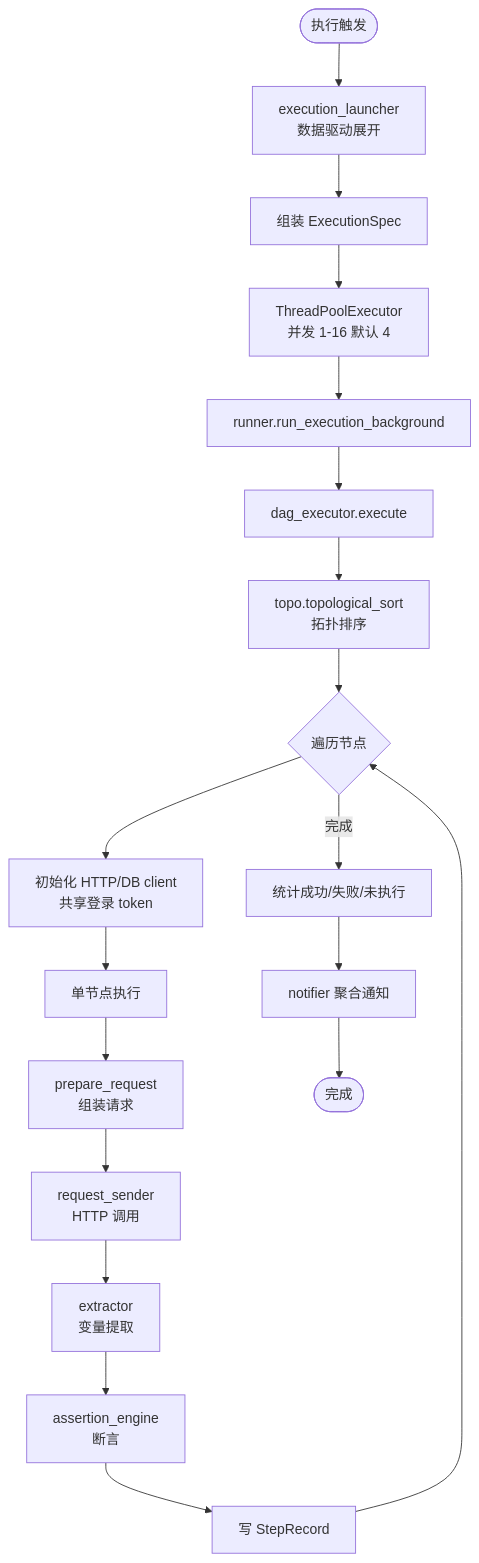
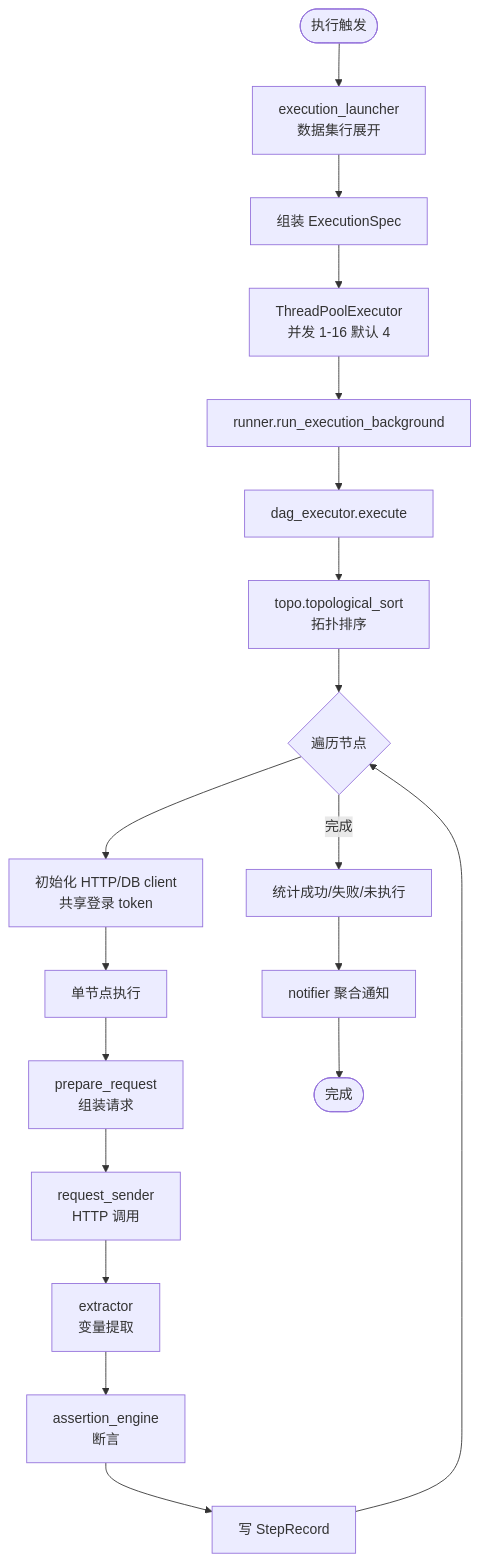
Before and after one commit to zl2237/fin-api-test: the fourth of 6 diagrams in docs/SYSTEM_DESIGN.md, drawn with Mermaid. The commit also changed other lines of this file and 53 other files, not shown here.

````diff
--- a/docs/SYSTEM_DESIGN.md
+++ b/docs/SYSTEM_DESIGN.md
@@ -368,21 +368,21 @@
 ```mermaid
 flowchart TB
-    START([执行触发]) --> LAUNCHER[execution_launcher<br/>数据驱动展开]
+    START([执行触发]) --> LAUNCHER[execution_launcher<br/>数据集行展开]
     LAUNCHER --> SPEC[组装 ExecutionSpec]
     SPEC --> POOL[ThreadPoolExecutor<br/>并发 1-16 默认 4]
     POOL --> RUNNER[runner.run_execution_background]
     RUNNER --> DAG[dag_executor.execute]
     DAG --> TOPO[topo.topological_sort<br/>拓扑排序]
     TOPO --> LOOP{遍历节点}
     LOOP --> LOGIN[初始化 HTTP/DB client<br/>共享登录 token]
     LOGIN --> NODE[单节点执行]
     NODE --> PREP[prepare_request<br/>组装请求]
     PREP --> SEND[request_sender<br/>HTTP 调用]
     SEND --> EXTRACT[extractor<br/>变量提取]
     EXTRACT --> ASSERT[assertion_engine<br/>断言]
     ASSERT --> RECORD[写 StepRecord]
     RECORD --> LOOP
     LOOP -->|完成| STATS[统计成功/失败/未执行]
     STATS --> NOTIFY[notifier 聚合通知]
     NOTIFY --> END([完成])
 ```
````
